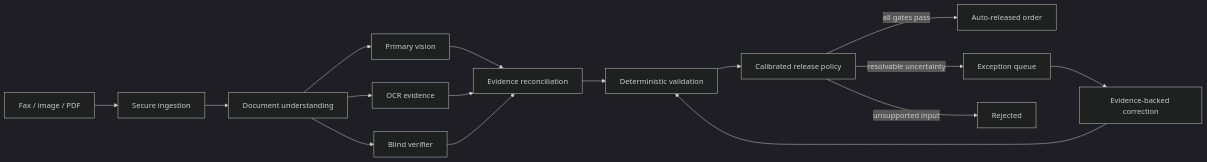
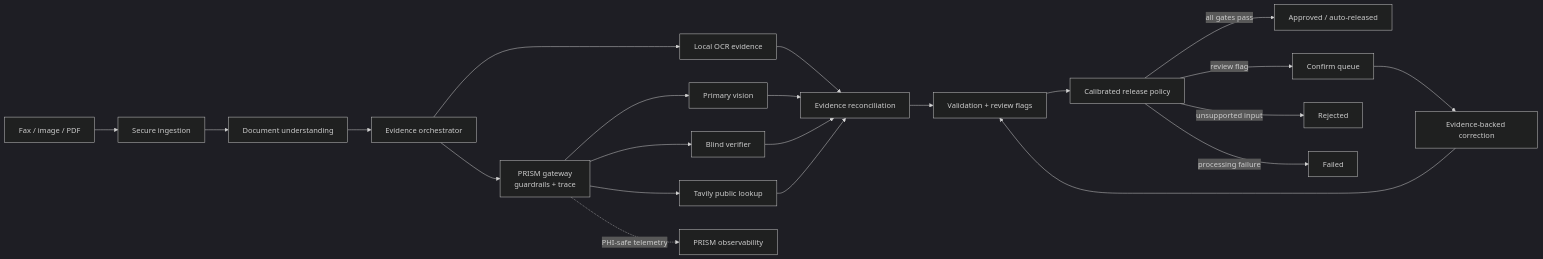
One commit to molgorithmo/hackathon-nyc changed the diagram in README.md. Above: the diagram before and after it, drawn with Mermaid (dark theme). The commit also changed other lines of this file, not shown here.

Commit message:
prism and tavilly

````diff
--- a/README.md
+++ b/README.md
@@ -13,18 +13,24 @@
 ```mermaid
 flowchart LR
     A[Fax / image / PDF] --> B[Secure ingestion]
     B --> C[Document understanding]
-    C --> D[Primary vision]
-    C --> E[OCR evidence]
-    C --> F[Blind verifier]
-    D --> G[Evidence reconciliation]
-    E --> G
-    F --> G
-    G --> H[Deterministic validation]
-    H --> I[Calibrated release policy]
-    I -->|all gates pass| J[Auto-released order]
-    I -->|resolvable uncertainty| K[Exception queue]
-    I -->|unsupported input| L[Rejected]
-    K --> M[Evidence-backed correction]
-    M --> H
+    C --> D[Evidence orchestrator]
+    D --> E[Local OCR evidence]
+    D --> P[PRISM gateway<br/>guardrails + trace]
+    P --> F[Primary vision]
+    P --> G[Blind verifier]
+    P --> T[Tavily public lookup]
+    P -. PHI-safe telemetry .-> Z[PRISM observability]
+    E --> H[Evidence reconciliation]
+    F --> H
+    G --> H
+    T --> H
+    H --> I[Validation + review flags]
+    I --> J[Calibrated release policy]
+    J -->|all gates pass| K[Approved / auto-released]
+    J -->|review flag| L[Confirm queue]
+    J -->|unsupported input| M[Rejected]
+    J -->|processing failure| N[Failed]
+    L --> O[Evidence-backed correction]
+    O --> I
 ```
````
